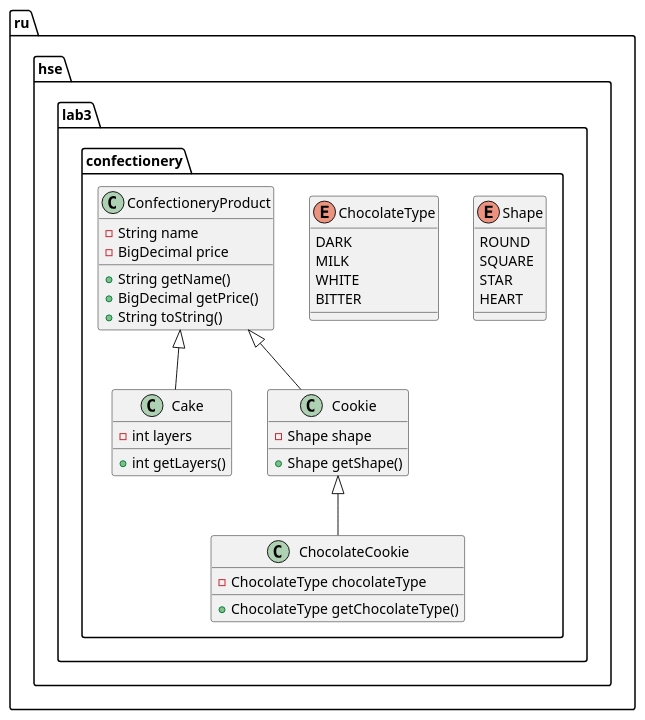
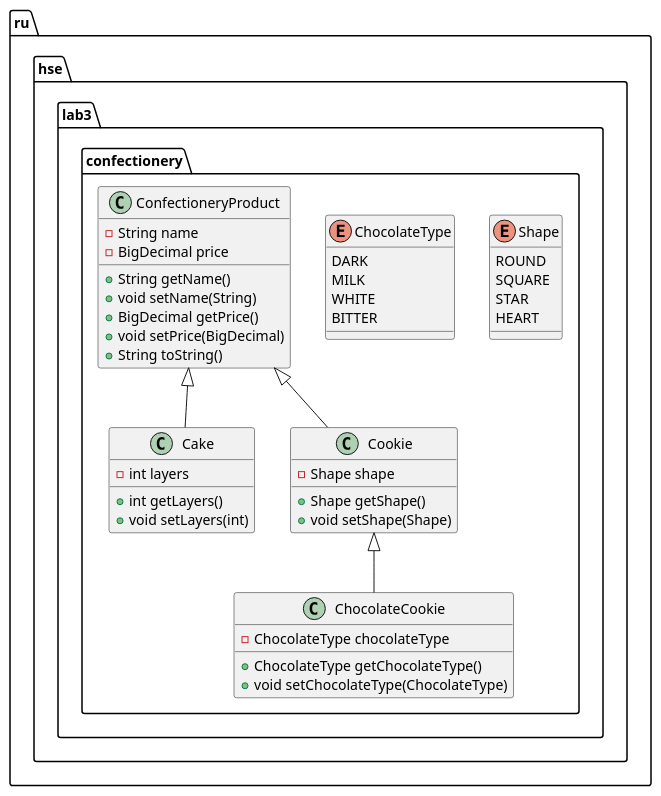
Before and after one commit to mrandrewer/hse-java-lab3: the second of 4 diagrams in README.md, drawn with PlantUML. The commit also changed 2 other files, not shown here.

Commit message:
Add setStatus override

````diff
--- a/README.md
+++ b/README.md
@@ -20,46 +20,51 @@
 ```plantuml
 @startuml
 package "ru.hse.lab3.confectionery" {
     enum Shape {
         ROUND
         SQUARE
         STAR
         HEART
     }
 
     enum ChocolateType {
         DARK
         MILK
         WHITE
         BITTER
     }
 
     class ConfectioneryProduct {
         - String name
         - BigDecimal price
         + String getName()
+        + void setName(String)
         + BigDecimal getPrice()
+        + void setPrice(BigDecimal)
         + String toString()
     }
 
     class Cake {
         - int layers
         + int getLayers()
+        + void setLayers(int)
     }
 
     class Cookie {
         - Shape shape
         + Shape getShape()
+        + void setShape(Shape)
     }
 
     class ChocolateCookie {
         - ChocolateType chocolateType
         + ChocolateType getChocolateType()
+        + void setChocolateType(ChocolateType)
     }
 
     ConfectioneryProduct <|-- Cake
     ConfectioneryProduct <|-- Cookie
     Cookie <|-- ChocolateCookie
 }
 @enduml
 ```
````
